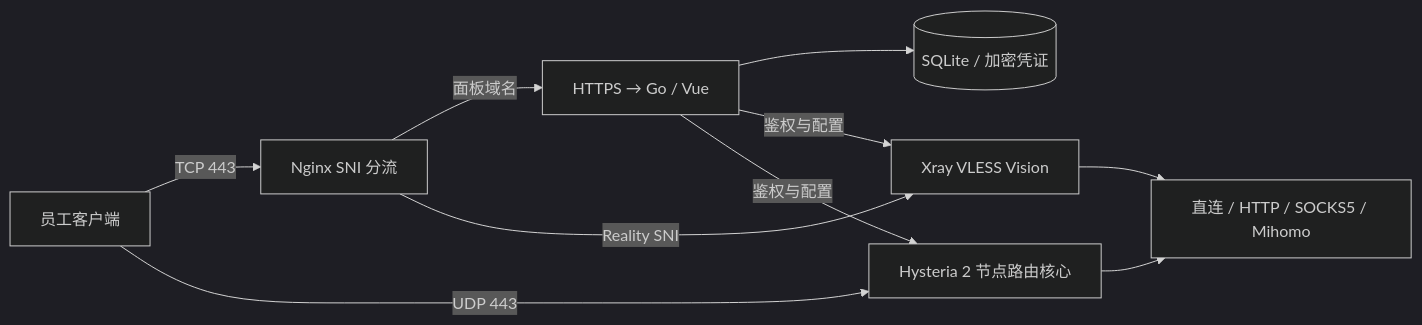
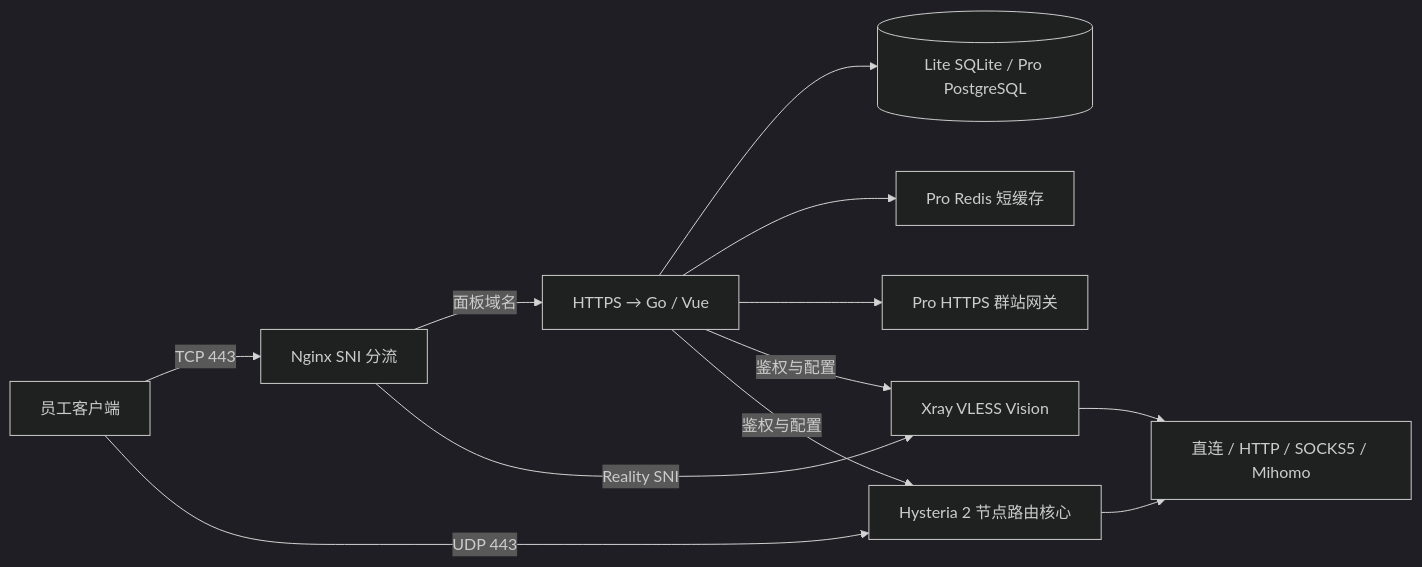
The diagram in README.md (wudi000888-svg/guangyue-panel), drawn with Mermaid (dark theme) before and after one commit. The commit also changed other lines of this file and 211 other files, not shown here.

Commit message:
feat: add Lite and Pro editions with durable tasks and site federation

````diff
--- a/README.md
+++ b/README.md
@@ -82,12 +84,14 @@
 ```mermaid
 flowchart LR
     User[员工客户端] -->|TCP 443| Nginx[Nginx SNI 分流]
     Nginx -->|面板域名| Web[HTTPS → Go / Vue]
     Nginx -->|Reality SNI| Xray[Xray VLESS Vision]
     User -->|UDP 443| HY[Hysteria 2 节点路由核心]
-    Web --> DB[(SQLite / 加密凭证)]
+    Web --> DB[(Lite SQLite / Pro PostgreSQL)]
+    Web --> Cache[Pro Redis 短缓存]
+    Web --> Fleet[Pro HTTPS 群站网关]
     Web -->|鉴权与配置| Xray
     Web -->|鉴权与配置| HY
     Xray --> Exit[直连 / HTTP / SOCKS5 / Mihomo]
     HY --> Exit
 ```
````
